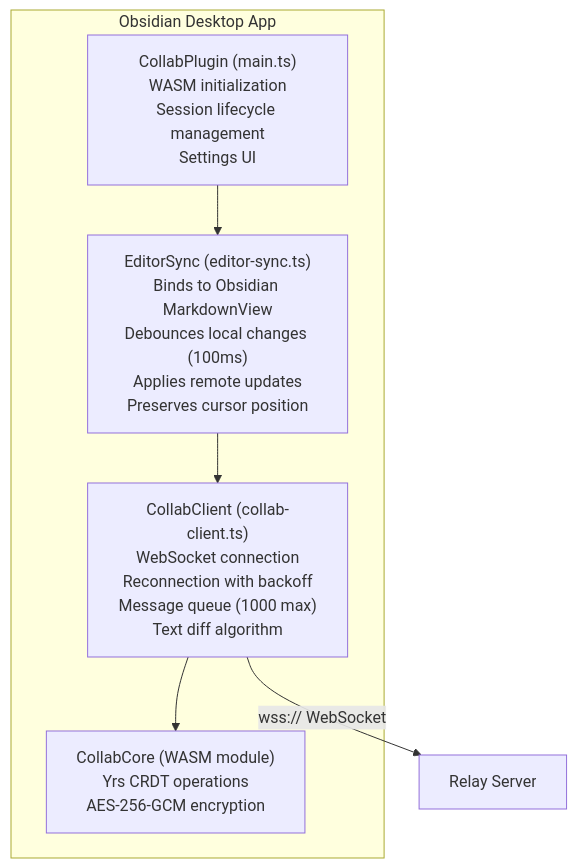
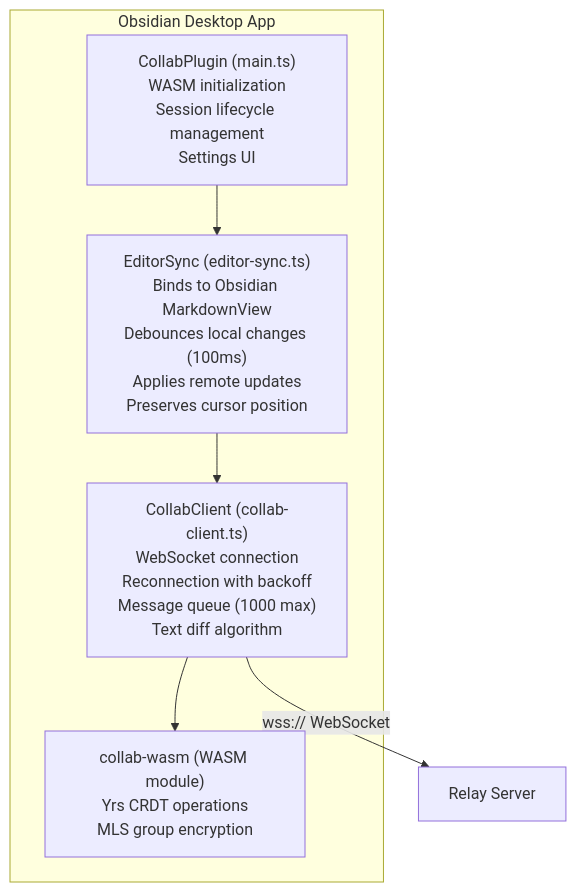
One commit to cajias/obsidian-ee changed the diagram in docs/plugin-guide.md. Above: the diagram before and after it, drawn with Mermaid. The commit also changed other lines of this file and 25 other files, not shown here.

First line of the commit message:
feat(wasm): remove AES-256-GCM PSK path — MLS is the sole crypto (#28) (#68)

````diff
--- a/docs/plugin-guide.md
+++ b/docs/plugin-guide.md
@@ -7,13 +7,13 @@
 ```mermaid
 graph TD
     subgraph Obsidian["Obsidian Desktop App"]
         Plugin["CollabPlugin (main.ts)<br/>WASM initialization<br/>Session lifecycle management<br/>Settings UI"]
         Plugin --> Sync
         Sync["EditorSync (editor-sync.ts)<br/>Binds to Obsidian MarkdownView<br/>Debounces local changes (100ms)<br/>Applies remote updates<br/>Preserves cursor position"]
         Sync --> Client
         Client["CollabClient (collab-client.ts)<br/>WebSocket connection<br/>Reconnection with backoff<br/>Message queue (1000 max)<br/>Text diff algorithm"]
         Client --> Core
-        Core["CollabCore (WASM module)<br/>Yrs CRDT operations<br/>AES-256-GCM encryption"]
+        Core["collab-wasm (WASM module)<br/>Yrs CRDT operations<br/>MLS group encryption"]
     end
     Client -->|"wss:// WebSocket"| Relay[Relay Server]
 ```
````
